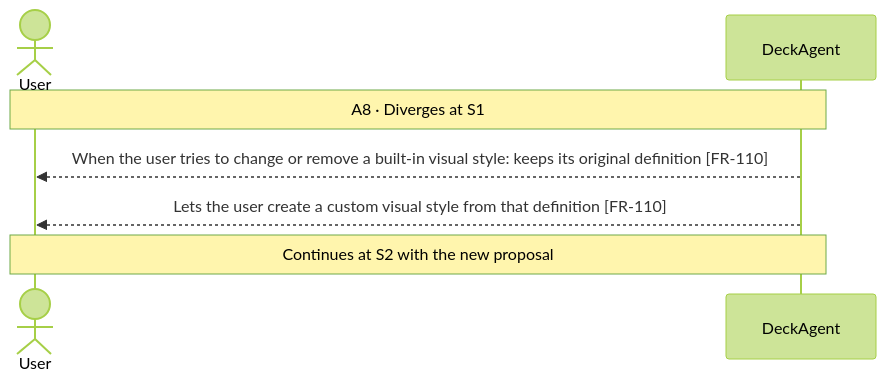
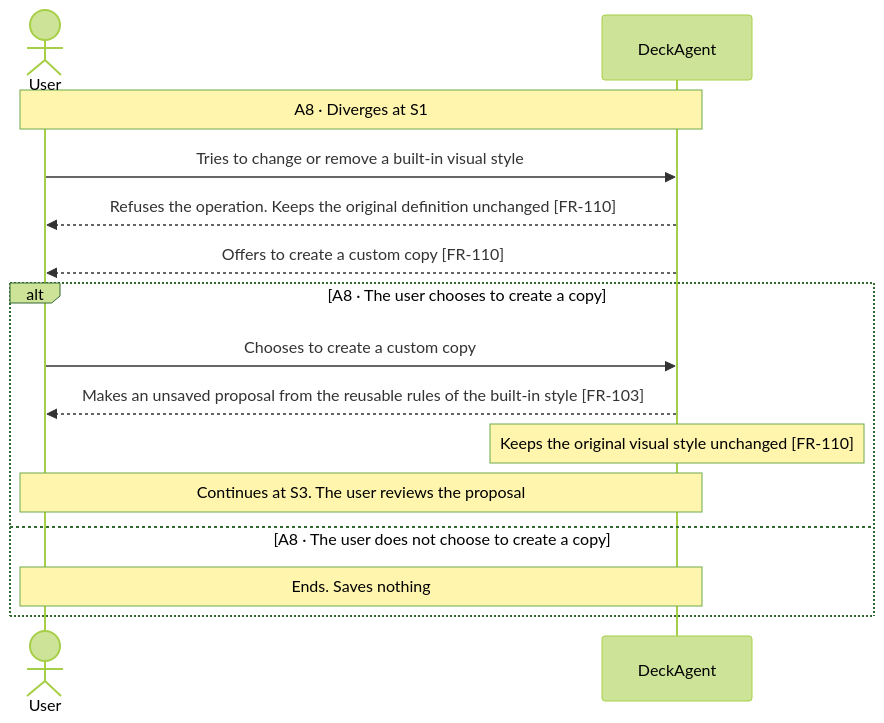
One commit to Luke23127006/DeckAgent changed the ninth of 10 diagrams in docs/spec/03-use-cases/UC-017.md. Above: the diagram before and after it, drawn with Mermaid (forest theme). The commit also changed other lines of this file and 10 other files, not shown here.

````diff
--- a/docs/spec/03-use-cases/UC-017.md
+++ b/docs/spec/03-use-cases/UC-017.md
@@ -152,9 +152,17 @@
 ```mermaid
 sequenceDiagram
     actor User
     participant DeckAgent
     Note over User,DeckAgent: A8 · Diverges at S1
-    DeckAgent-->>User: When the user tries to change or remove a built-in visual style: keeps its original definition [FR-110]
-    DeckAgent-->>User: Lets the user create a custom visual style from that definition [FR-110]
-    Note over User,DeckAgent: Continues at S2 with the new proposal
+    User->>DeckAgent: Tries to change or remove a built-in visual style
+    DeckAgent-->>User: Refuses the operation. Keeps the original definition unchanged [FR-110]
+    DeckAgent-->>User: Offers to create a custom copy [FR-110]
+    alt A8 · The user chooses to create a copy
+        User->>DeckAgent: Chooses to create a custom copy
+        DeckAgent-->>User: Makes an unsaved proposal from the reusable rules of the built-in style [FR-103]
+        note over DeckAgent: Keeps the original visual style unchanged [FR-110]
+        Note over User,DeckAgent: Continues at S3. The user reviews the proposal
+    else A8 · The user does not choose to create a copy
+        Note over User,DeckAgent: Ends. Saves nothing
+    end
 ```
````
